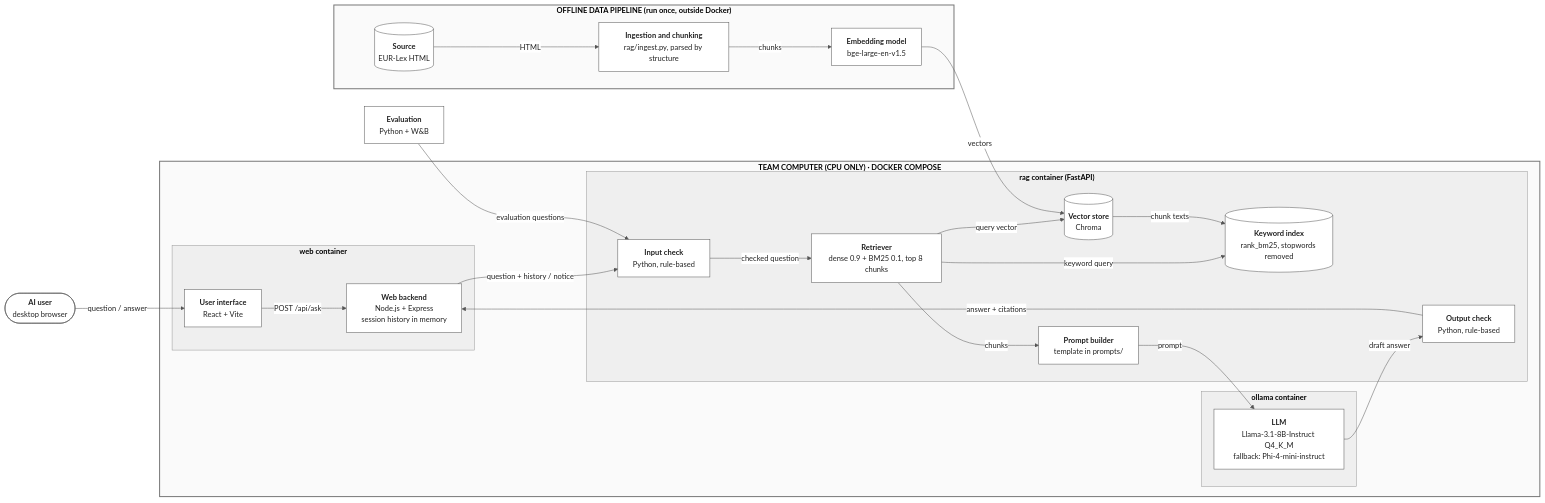
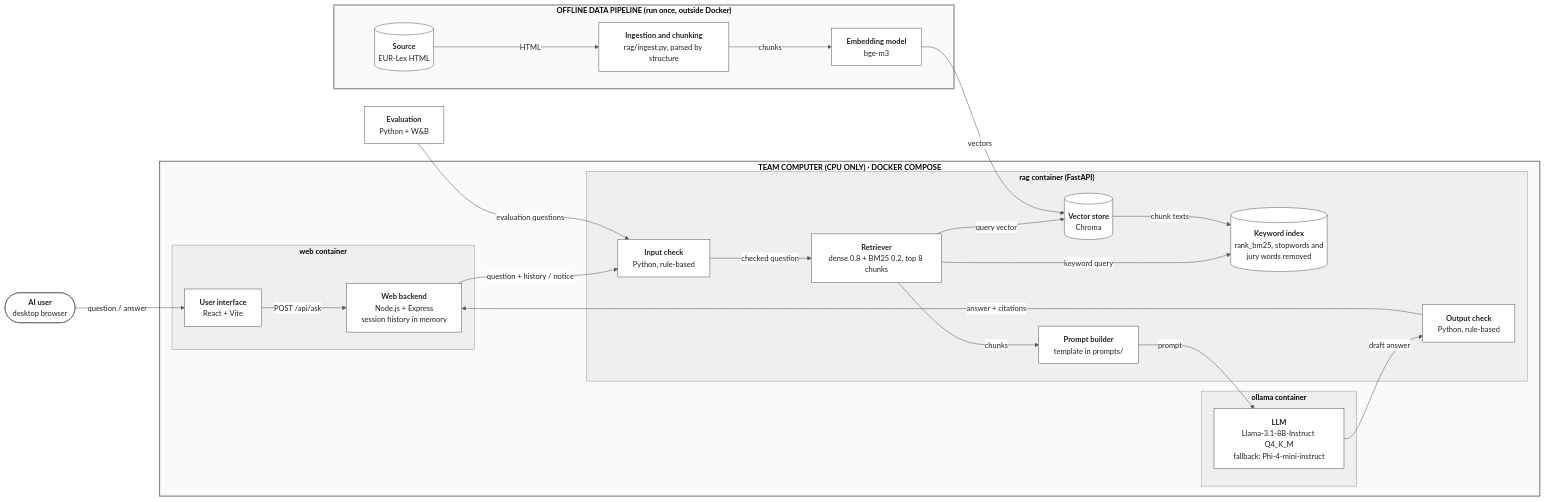
The diagram in Markdown Template/11-system-architecture-design-document.md (ELIZA-DI502/ELIZA_DI502_ORGANIZATION), drawn with Mermaid before and after one commit. The commit also changed other lines of this file and 7 other files, not shown here.

Commit message:
KAN-99: choose every retrieval setting at 8 chunks (Recall@8): bge-m3, dense weight 0.8, BM25 without stopwords and jury words; update D13, D14 and the diagrams

````diff
--- a/Markdown Template/11-system-architecture-design-document.md
+++ b/Markdown Template/11-system-architecture-design-document.md
@@ -71,53 +71,53 @@
 ```mermaid
 %%{init: {"theme": "base", "themeVariables": {"background": "#ffffff", "primaryColor": "#ffffff", "primaryBorderColor": "#555555", "primaryTextColor": "#222222", "lineColor": "#555555", "clusterBkg": "#f5f5f5", "clusterBorder": "#999999", "edgeLabelBackground": "#ffffff", "fontSize": "15px"}}}%%
 flowchart LR
     user(["<b>AI user</b><br/>desktop browser"])
     eval["<b>Evaluation</b><br/>Python + W&B"]
 
     subgraph gcp["<b>TEAM COMPUTER (CPU ONLY) · DOCKER COMPOSE</b>"]
         subgraph web["<b>web container</b>"]
             ui["<b>User interface</b><br/>React + Vite"]
             backend["<b>Web backend</b><br/>Node.js + Express<br/>session history in memory"]
         end
         subgraph rag["<b>rag container (FastAPI)</b>"]
             inchk["<b>Input check</b><br/>Python, rule-based"]
-            retr["<b>Retriever</b><br/>dense 0.9 + BM25 0.1, top 8 chunks"]
-            kw[("<b>Keyword index</b><br/>rank_bm25, stopwords removed")]
+            retr["<b>Retriever</b><br/>dense 0.8 + BM25 0.2, top 8 chunks"]
+            kw[("<b>Keyword index</b><br/>rank_bm25, stopwords and<br/>jury words removed")]
             vs[("<b>Vector store</b><br/>Chroma")]
             pb["<b>Prompt builder</b><br/>template in prompts/"]
             outchk["<b>Output check</b><br/>Python, rule-based"]
         end
         subgraph ollama["<b>ollama container</b>"]
             llm["<b>LLM</b><br/>Llama-3.1-8B-Instruct Q4_K_M<br/>fallback: Phi-4-mini-instruct"]
         end
     end
 
     subgraph offline["<b>OFFLINE DATA PIPELINE (run once, outside Docker)</b>"]
         src[("<b>Source</b><br/>EUR-Lex HTML")]
         ingest["<b>Ingestion and chunking</b><br/>rag/ingest.py, parsed by structure"]
-        emb["<b>Embedding model</b><br/>bge-large-en-v1.5"]
+        emb["<b>Embedding model</b><br/>bge-m3"]
     end
 
     user -->|question / answer| ui
     ui -->|POST /api/ask| backend
     backend -->|question + history / notice| inchk
     eval -->|evaluation questions| inchk
     inchk -->|checked question| retr
     retr -->|query vector| vs
     retr -->|keyword query| kw
     vs -->|chunk texts| kw
     retr -->|chunks| pb
     pb -->|prompt| llm
     llm -->|draft answer| outchk
     outchk -->|answer + citations| backend
     src -->|HTML| ingest
     ingest -->|chunks| emb
     emb -->|vectors| vs
 
     classDef default fill:#ffffff,stroke:#555555,color:#222222
     style gcp fill:#fafafa,stroke:#777777,stroke-width:2px
     style offline fill:#fafafa,stroke:#777777,stroke-width:2px
     style web fill:#efefef,stroke:#999999
     style rag fill:#efefef,stroke:#999999
     style ollama fill:#efefef,stroke:#999999
 ```
````
